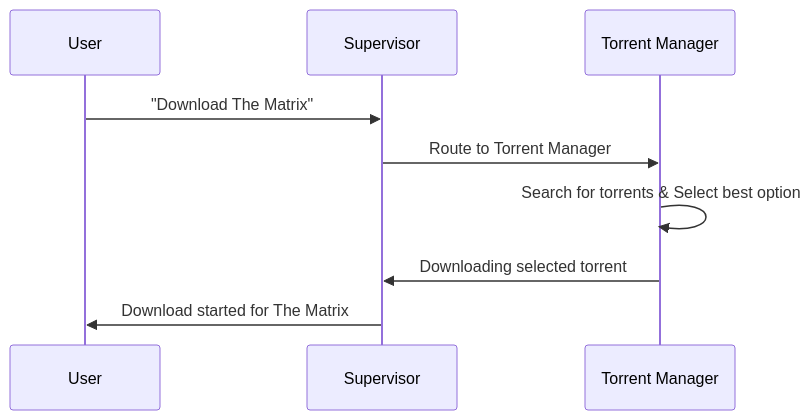
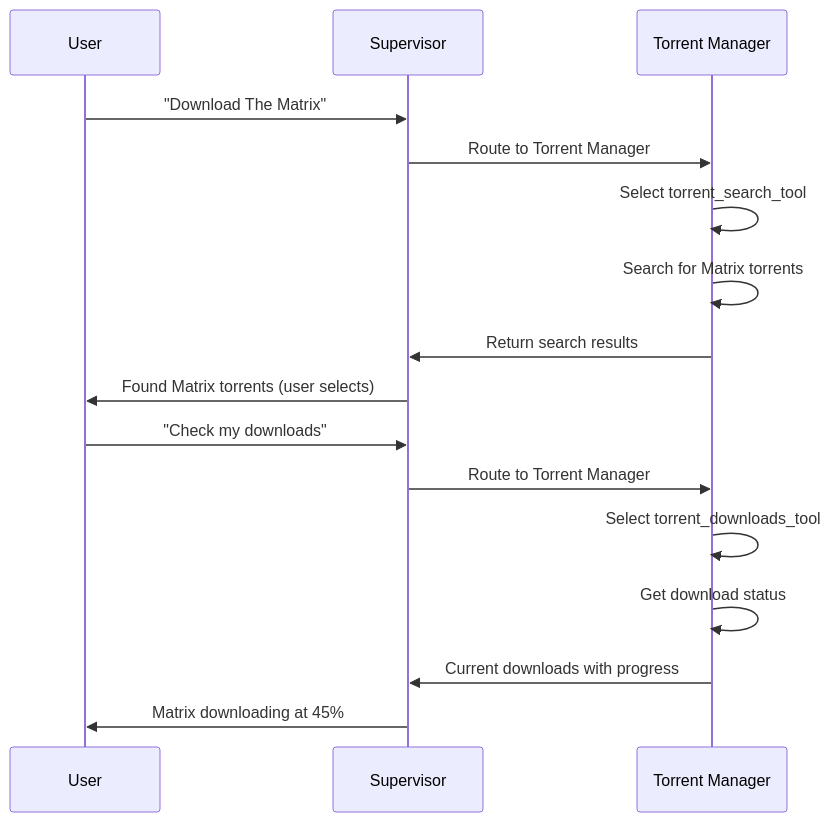
One commit to elisarchod/turtle_app changed the third of 4 diagrams in README.md. Above: the diagram before and after it, drawn with Mermaid. The commit also changed other lines of this file and 20 other files, not shown here.

````diff
--- a/README.md
+++ b/README.md
@@ -144,11 +170,18 @@
 ```mermaid
 sequenceDiagram
   participant U as User
   participant S as Supervisor
   participant TM as Torrent Manager
   U ->> S: "Download The Matrix"
   S ->> TM: Route to Torrent Manager
-  TM ->> TM: Search for torrents & Select best option
-  TM ->> S: Downloading selected torrent
-  S ->> U: Download started for The Matrix
+  TM ->> TM: Select torrent_search_tool
+  TM ->> TM: Search for Matrix torrents
+  TM ->> S: Return search results
+  S ->> U: Found Matrix torrents (user selects)
+  U ->> S: "Check my downloads"
+  S ->> TM: Route to Torrent Manager
+  TM ->> TM: Select torrent_downloads_tool
+  TM ->> TM: Get download status
+  TM ->> S: Current downloads with progress
+  S ->> U: Matrix downloading at 45%
 ```
````
